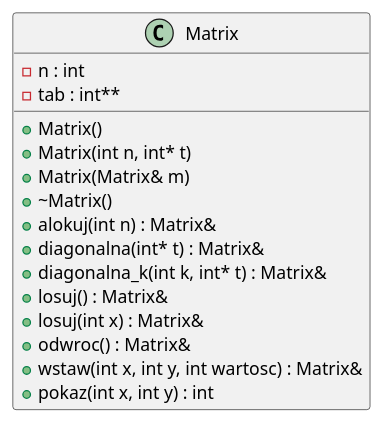
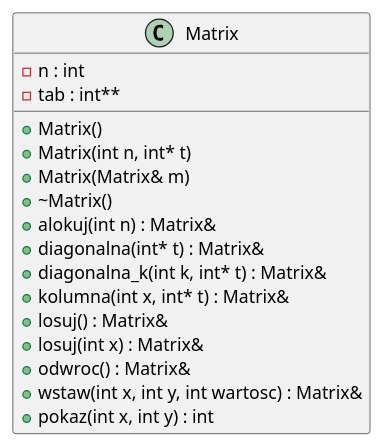
Before and after one commit to kluchoo/Matrix: the diagram in inline_umlgraph_pnghtml.pu, drawn with PlantUML. The commit also changed 27 other files, not shown here.

```diff
--- a/inline_umlgraph_pnghtml.pu
+++ b/inline_umlgraph_pnghtml.pu
@@ -1,19 +1,20 @@
 @startuml inline_umlgraph_1.png
 class Matrix {
 -n : int
 -tab : int**
 +Matrix()
 +Matrix(int n, int* t)
 +Matrix(Matrix& m)
 +~Matrix()
 +alokuj(int n) : Matrix&
 +diagonalna(int* t) : Matrix&
 +diagonalna_k(int k, int* t) : Matrix&
++kolumna(int x, int* t) : Matrix&
 +losuj() : Matrix&
 +losuj(int x) : Matrix&
 +odwroc() : Matrix&
 +wstaw(int x, int y, int wartosc) : Matrix&
 +pokaz(int x, int y) : int
 
 }
 @enduml
```
